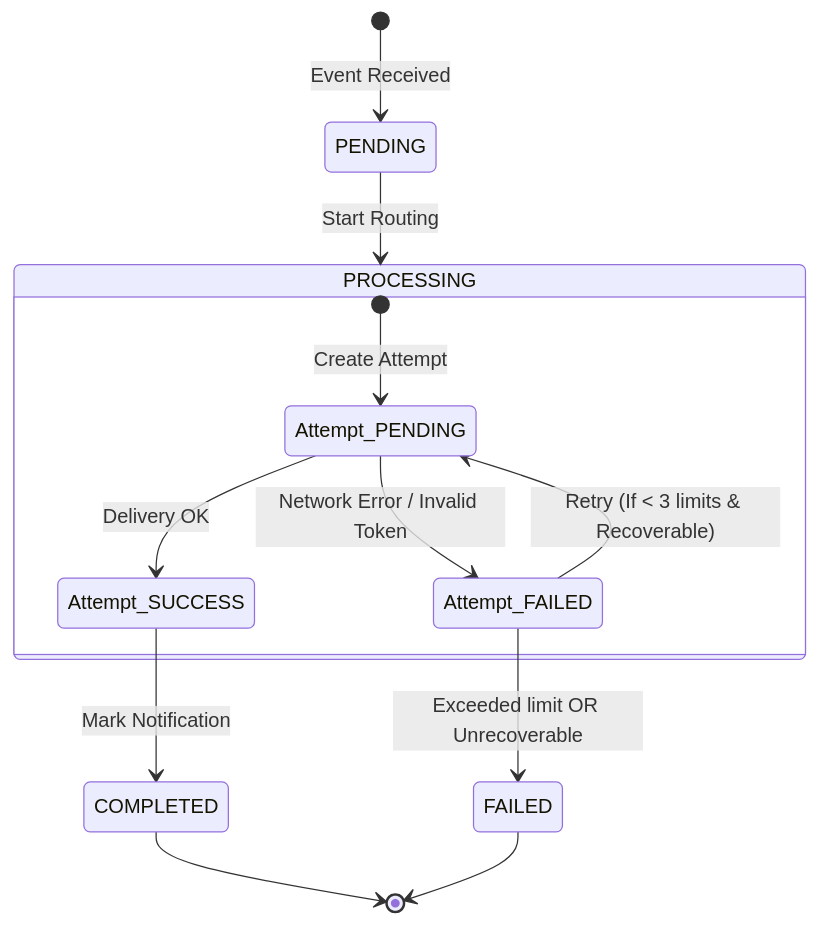
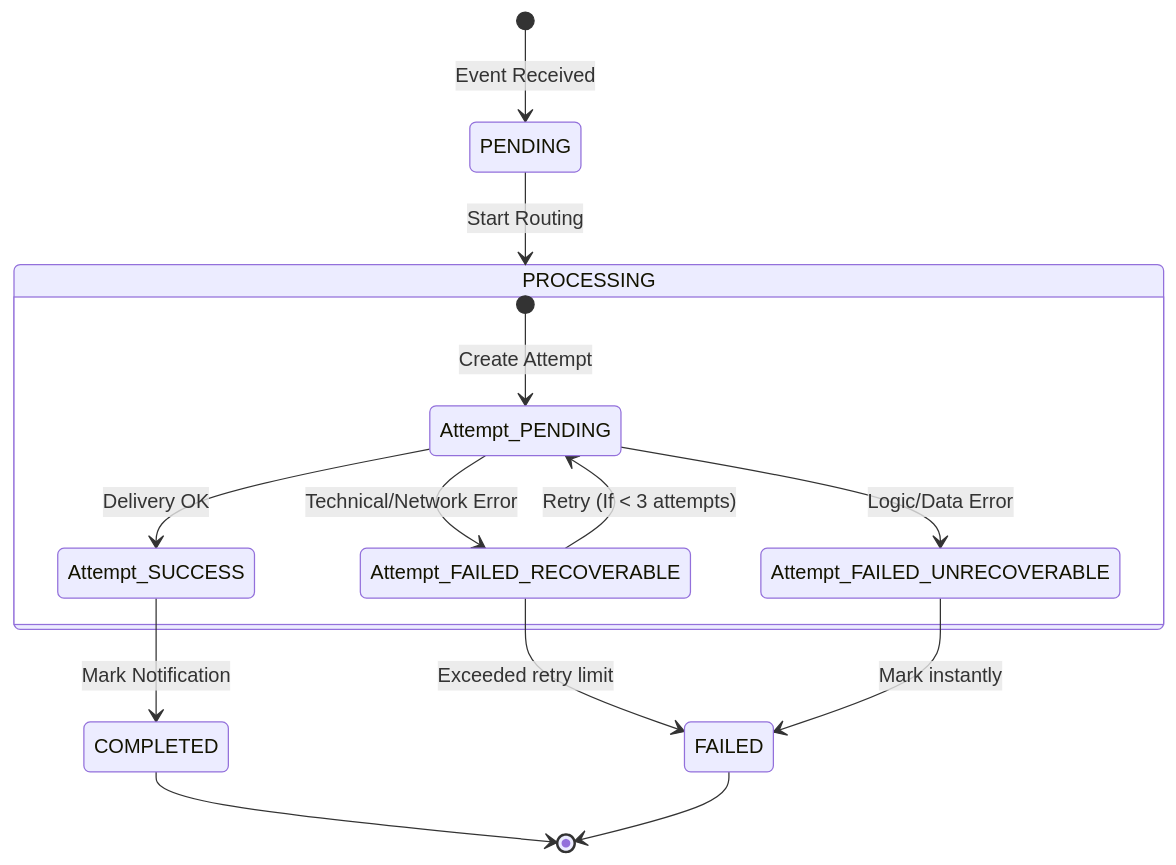
One commit to tianshi04/rent-a-girlfriend changed the diagram in services/notification-service/docs/state-machine.md. Above: the diagram before and after it, drawn with Mermaid. The commit also changed other lines of this file and 198 other files, not shown here.

First line of the commit message:
feat(notification): Implement notification service architecture and event integration (#21)

````diff
--- a/services/notification-service/docs/state-machine.md
+++ b/services/notification-service/docs/state-machine.md
@@ -32,19 +33,21 @@
 ```mermaid
 stateDiagram-v2
     [*] --> PENDING : Event Received
     PENDING --> PROCESSING : Start Routing
     
     state PROCESSING {
         [*] --> Attempt_PENDING : Create Attempt
         Attempt_PENDING --> Attempt_SUCCESS : Delivery OK
-        Attempt_PENDING --> Attempt_FAILED : Network Error / Invalid Token
+        Attempt_PENDING --> Attempt_FAILED_RECOVERABLE : Technical/Network Error
+        Attempt_PENDING --> Attempt_FAILED_UNRECOVERABLE : Logic/Data Error
         
-        Attempt_FAILED --> Attempt_PENDING : Retry (If < 3 limits & Recoverable)
+        Attempt_FAILED_RECOVERABLE --> Attempt_PENDING : Retry (If < 3 attempts)
     }
     
     Attempt_SUCCESS --> COMPLETED : Mark Notification
-    Attempt_FAILED --> FAILED : Exceeded limit OR Unrecoverable
+    Attempt_FAILED_RECOVERABLE --> FAILED : Exceeded retry limit
+    Attempt_FAILED_UNRECOVERABLE --> FAILED : Mark instantly
     
     COMPLETED --> [*]
     FAILED --> [*]
 ```
````
